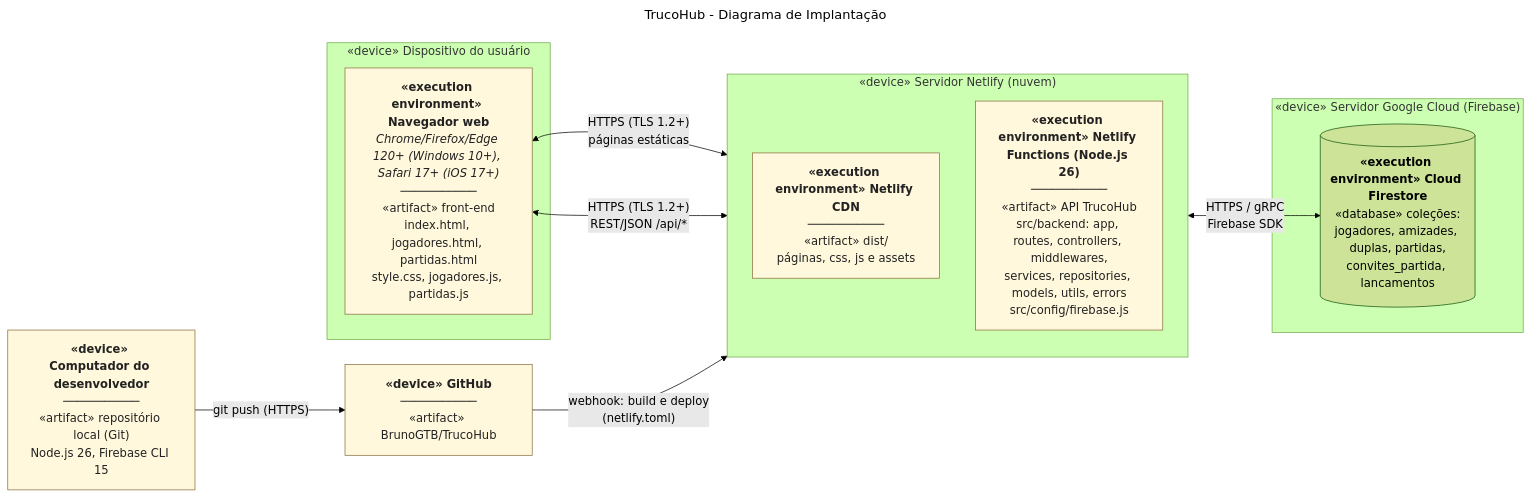
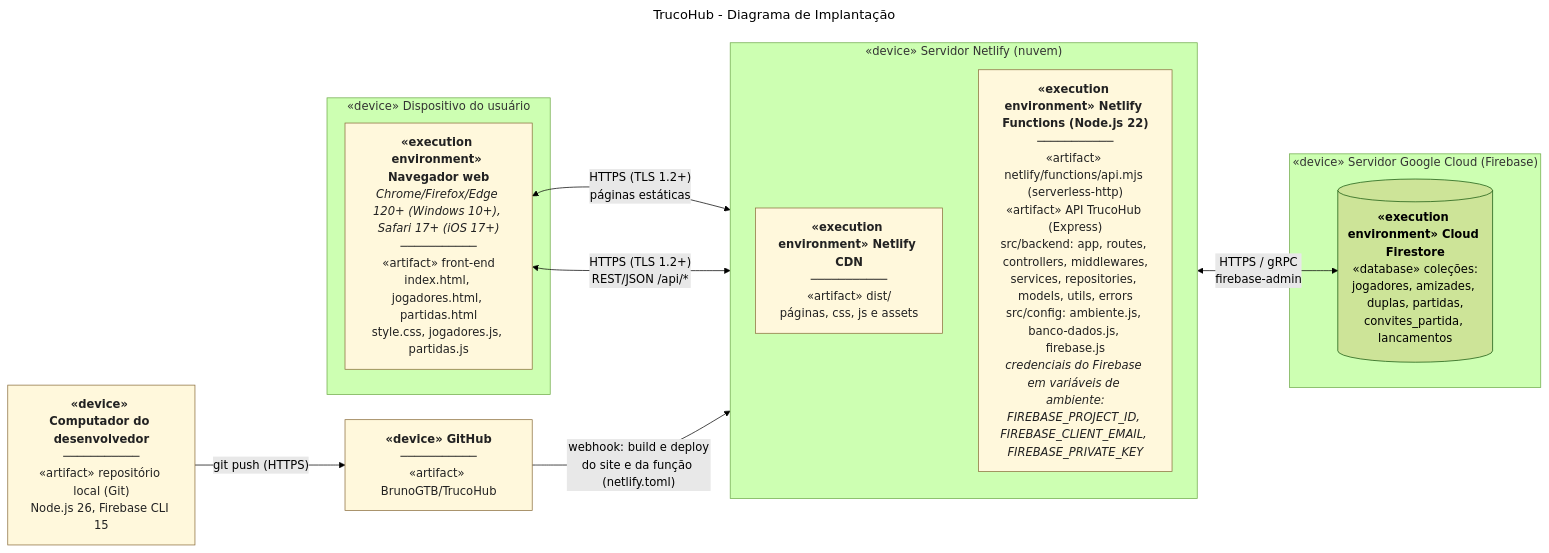
Diagram 11 of 11 in docs/diagramas/README.md (BrunoGTB/TrucoHub), drawn with Mermaid (forest theme) before and after one commit. The commit also changed other lines of this file and 2 other files, not shown here.

First line of the commit message:
docs(diagramas): atualiza pacotes e implantação com o deploy da API

````diff
--- a/docs/diagramas/README.md
+++ b/docs/diagramas/README.md
@@ -712,31 +723,31 @@
 ```mermaid
 ---
 title: "TrucoHub - Diagrama de Implantação"
 ---
 flowchart LR
     subgraph CLIENTE["«device» Dispositivo do usuário"]
         FRONTART["<b>«execution environment» Navegador web</b><br/><i>Chrome/Firefox/Edge 120+ (Windows 10+), Safari 17+ (iOS 17+)</i><br/>───────────<br/>«artifact» front-end<br/>index.html, jogadores.html, partidas.html<br/>style.css, jogadores.js, partidas.js"]
     end
 
     subgraph NETLIFY["«device» Servidor Netlify (nuvem)"]
         direction TB
         DIST["<b>«execution environment» Netlify CDN</b><br/>───────────<br/>«artifact» dist/<br/>páginas, css, js e assets"]
-        API["<b>«execution environment» Netlify Functions (Node.js 26)</b><br/>───────────<br/>«artifact» API TrucoHub<br/>src/backend: app, routes, controllers, middlewares,<br/>services, repositories, models, utils, errors<br/>src/config/firebase.js"]
+        API["<b>«execution environment» Netlify Functions (Node.js 22)</b><br/>───────────<br/>«artifact» netlify/functions/api.mjs (serverless-http)<br/>«artifact» API TrucoHub (Express)<br/>src/backend: app, routes, controllers, middlewares,<br/>services, repositories, models, utils, errors<br/>src/config: ambiente.js, banco-dados.js, firebase.js<br/><i>credenciais do Firebase em variáveis de ambiente:<br/>FIREBASE_PROJECT_ID, FIREBASE_CLIENT_EMAIL, FIREBASE_PRIVATE_KEY</i>"]
     end
 
     subgraph GOOGLE["«device» Servidor Google Cloud (Firebase)"]
         DB[("<b>«execution environment» Cloud Firestore</b><br/>«database» coleções:<br/>jogadores, amizades, duplas, partidas,<br/>convites_partida, lancamentos")]
     end
 
     GIT["<b>«device» Computador do desenvolvedor</b><br/>───────────<br/>«artifact» repositório local (Git)<br/>Node.js 26, Firebase CLI 15"]
     REPO["<b>«device» GitHub</b><br/>───────────<br/>«artifact» BrunoGTB/TrucoHub"]
 
     FRONTART <-->|"HTTPS (TLS 1.2+)<br/>páginas estáticas"| DIST
     FRONTART <-->|"HTTPS (TLS 1.2+)<br/>REST/JSON /api/*"| API
-    API <-->|"HTTPS / gRPC<br/>Firebase SDK"| DB
+    API <-->|"HTTPS / gRPC<br/>firebase-admin"| DB
     GIT -->|"git push (HTTPS)"| REPO
-    REPO -->|"webhook: build e deploy<br/>(netlify.toml)"| DIST
+    REPO -->|"webhook: build e deploy<br/>do site e da função (netlify.toml)"| NETLIFY
 
     classDef art fill:#fff8dc,stroke:#8a6d3b,color:#222
     class FRONTART,DIST,API,GIT,REPO art
 ```
````
